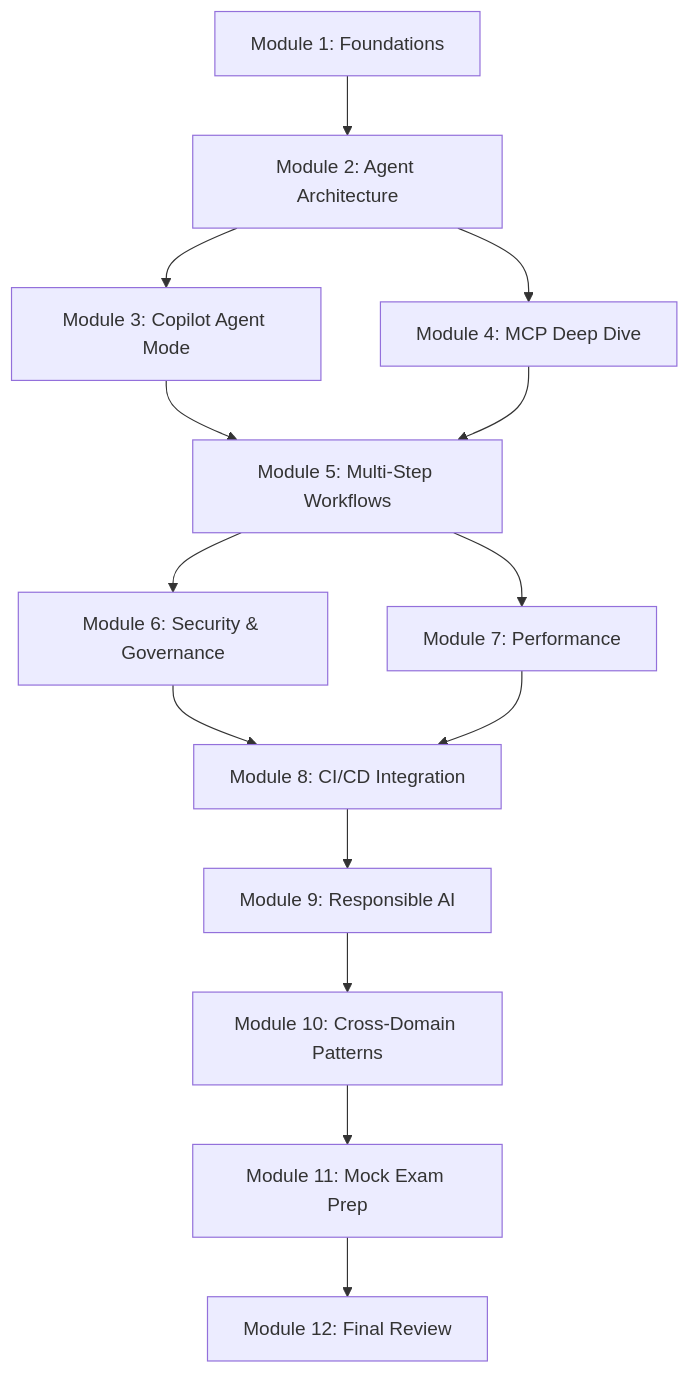
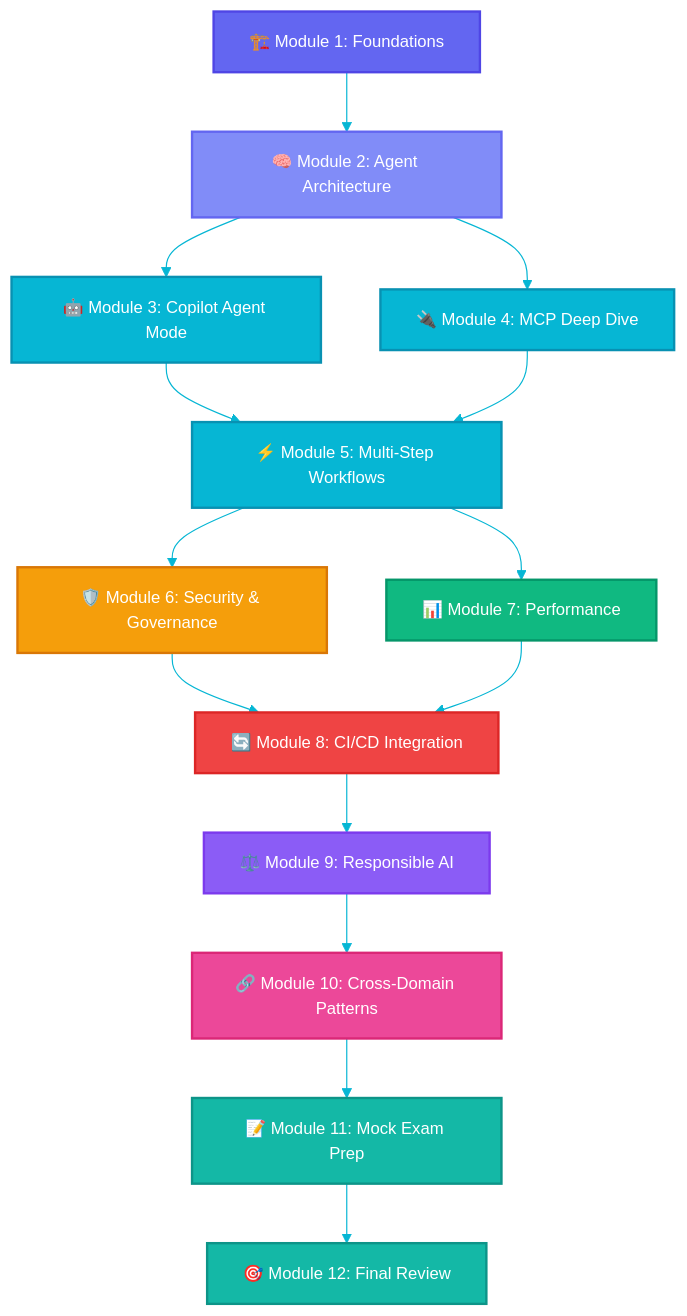
The first of 2 diagrams in docs/curriculum.md (JohannesRabauer/gh-600-preparation), drawn with Mermaid before and after one commit. The commit also changed other lines of this file and 5 other files, not shown here.

First line of the commit message:
feat: add colorful animated diagrams and pictograms across study material

````diff
--- a/docs/curriculum.md
+++ b/docs/curriculum.md
@@ -19,16 +19,27 @@
 ```mermaid
+%%{init: {'theme': 'base', 'themeVariables': {'primaryColor': '#6366f1', 'primaryTextColor': '#fff', 'primaryBorderColor': '#4f46e5', 'lineColor': '#06b6d4', 'secondaryColor': '#06b6d4', 'tertiaryColor': '#f0f9ff', 'fontSize': '14px'}}}%%
 graph TD
-    M1[Module 1: Foundations] --> M2[Module 2: Agent Architecture]
-    M2 --> M3[Module 3: Copilot Agent Mode]
-    M2 --> M4[Module 4: MCP Deep Dive]
-    M3 --> M5[Module 5: Multi-Step Workflows]
+    M1[🏗️ Module 1: Foundations]:::found --> M2[🧠 Module 2: Agent Architecture]:::arch
+    M2 --> M3[🤖 Module 3: Copilot Agent Mode]:::impl
+    M2 --> M4[🔌 Module 4: MCP Deep Dive]:::impl
+    M3 --> M5[⚡ Module 5: Multi-Step Workflows]:::impl
     M4 --> M5
-    M5 --> M6[Module 6: Security & Governance]
-    M5 --> M7[Module 7: Performance]
-    M6 --> M8[Module 8: CI/CD Integration]
+    M5 --> M6[🛡️ Module 6: Security & Governance]:::sec
+    M5 --> M7[📊 Module 7: Performance]:::perf
+    M6 --> M8[🔄 Module 8: CI/CD Integration]:::collab
     M7 --> M8
-    M8 --> M9[Module 9: Responsible AI]
-    M9 --> M10[Module 10: Cross-Domain Patterns]
-    M10 --> M11[Module 11: Mock Exam Prep]
-    M11 --> M12[Module 12: Final Review]
+    M8 --> M9[⚖️ Module 9: Responsible AI]:::rai
+    M9 --> M10[🔗 Module 10: Cross-Domain Patterns]:::cross
+    M10 --> M11[📝 Module 11: Mock Exam Prep]:::exam
+    M11 --> M12[🎯 Module 12: Final Review]:::exam
+
+    classDef found fill:#6366f1,stroke:#4f46e5,color:#fff,stroke-width:2px
+    classDef arch fill:#818cf8,stroke:#6366f1,color:#fff,stroke-width:2px
+    classDef impl fill:#06b6d4,stroke:#0891b2,color:#fff,stroke-width:2px
+    classDef sec fill:#f59e0b,stroke:#d97706,color:#fff,stroke-width:2px
+    classDef perf fill:#10b981,stroke:#059669,color:#fff,stroke-width:2px
+    classDef collab fill:#ef4444,stroke:#dc2626,color:#fff,stroke-width:2px
+    classDef rai fill:#8b5cf6,stroke:#7c3aed,color:#fff,stroke-width:2px
+    classDef cross fill:#ec4899,stroke:#db2777,color:#fff,stroke-width:2px
+    classDef exam fill:#14b8a6,stroke:#0d9488,color:#fff,stroke-width:2px
 ```
````
